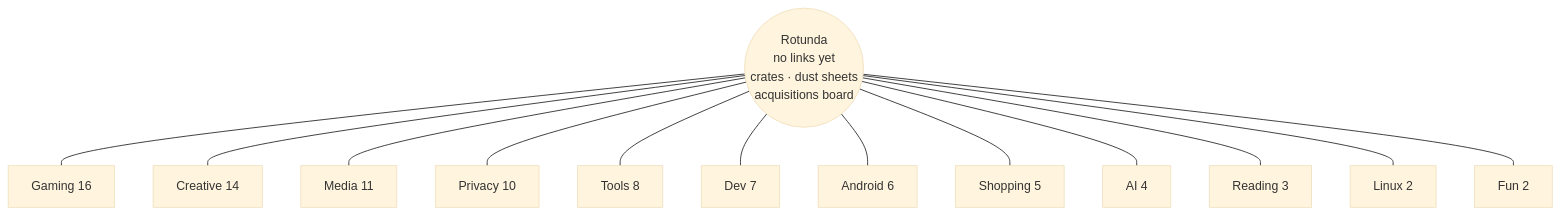
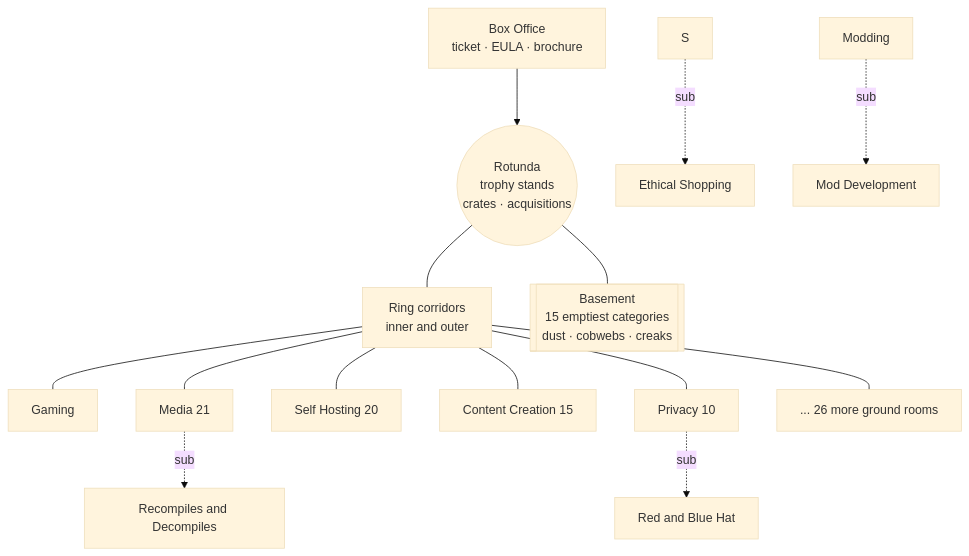
One commit to MsFreeLanes/Orbituary changed the diagram in MUSEUM-V2-PLAN.md. Above: the diagram before and after it, drawn with Mermaid (base theme). The commit also changed other lines of this file and 6 other files, not shown here.

````diff
--- a/MUSEUM-V2-PLAN.md
+++ b/MUSEUM-V2-PLAN.md
@@ -16,16 +20,16 @@
 ```mermaid
 graph TD
-    R((Rotunda<br/>no links yet<br/>crates · dust sheets<br/>acquisitions board))
-    R --- G[Gaming 16]
-    R --- C[Creative 14]
-    R --- M[Media 11]
-    R --- P[Privacy 10]
-    R --- T[Tools 8]
-    R --- D[Dev 7]
-    R --- A[Android 6]
-    R --- S[Shopping 5]
-    R --- AI[AI 4]
-    R --- RD[Reading 3]
-    R --- L[Linux 2]
-    R --- F[Fun 2]
+    B[Box Office<br/>ticket · EULA · brochure] --> R((Rotunda<br/>trophy stands<br/>crates · acquisitions))
+    R --- Ring[Ring corridors<br/>inner and outer]
+    Ring --- G[Gaming]
+    Ring --- M[Media 21]
+    Ring --- SH[Self Hosting 20]
+    Ring --- CC[Content Creation 15]
+    Ring --- P[Privacy 10]
+    Ring --- X[... 26 more ground rooms]
+    R --- Bsmt[[Basement<br/>15 emptiest categories<br/>dust · cobwebs · creaks]]
+    P -.sub.-> RBH[Red and Blue Hat]
+    M -.sub.-> RD[Recompiles and Decompiles]
+    S -.sub.-> ES[Ethical Shopping]
+    MD[Modding] -.sub.-> MDev[Mod Development]
 ```
````
